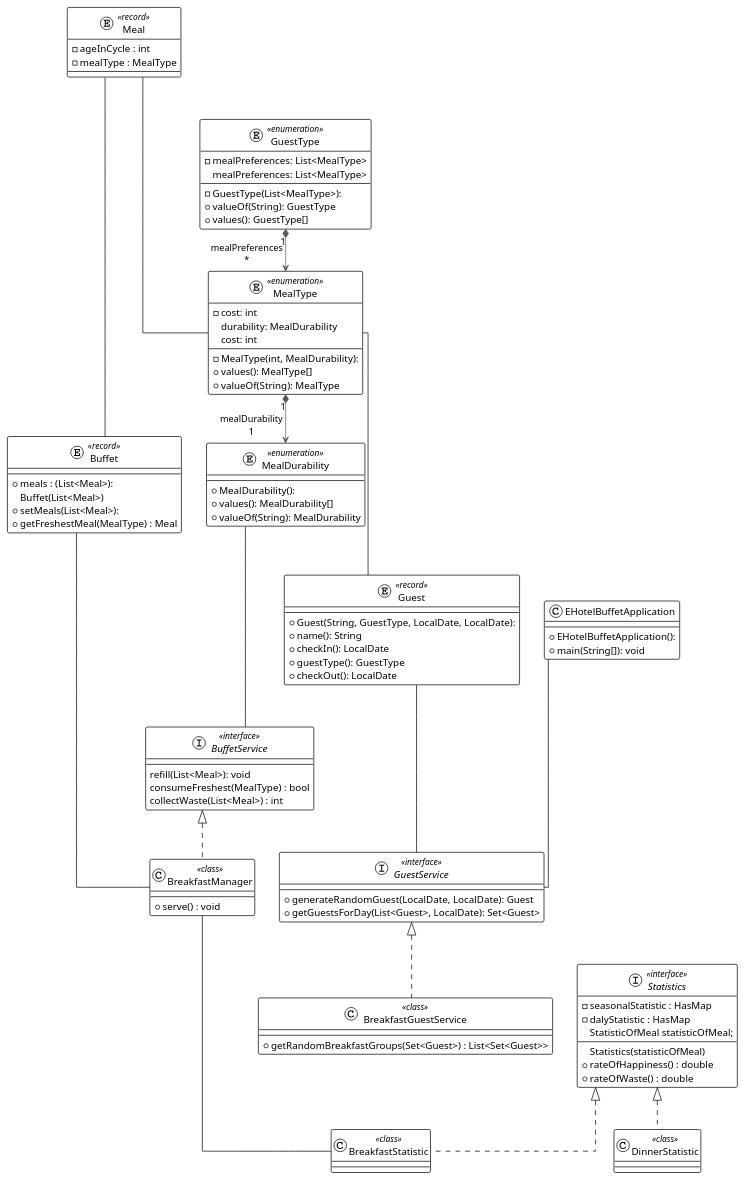
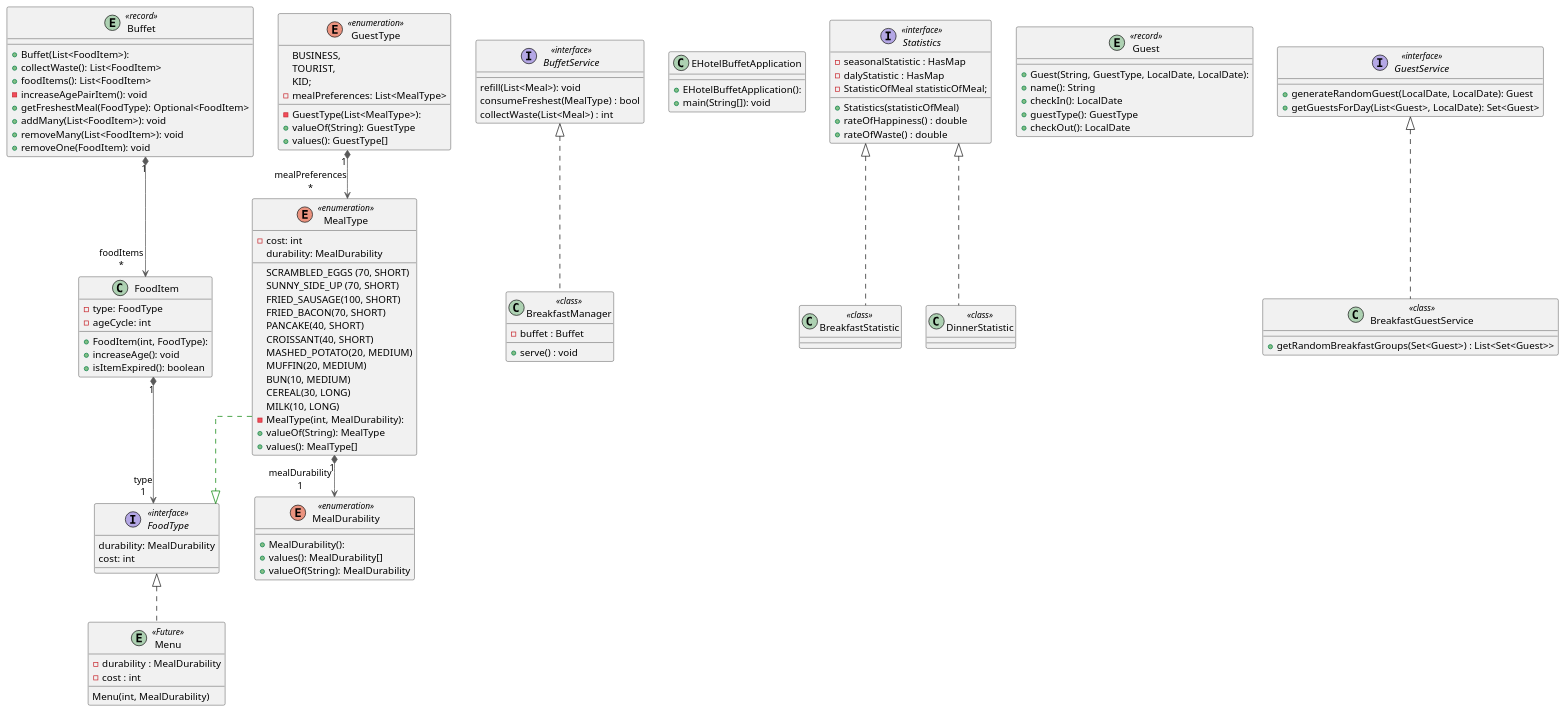
The diagram in src/main/java/com/codecool/ehotel/HotelBuffetService.puml (CodecoolGlobal/ehotel-buffet-java-MateWagner), drawn with PlantUML before and after one commit.

Commit message:
feat: update my progress on the uml

```diff
--- a/src/main/java/com/codecool/ehotel/HotelBuffetService.puml
+++ b/src/main/java/com/codecool/ehotel/HotelBuffetService.puml
@@ -1,92 +1,115 @@
 @startuml
 
-!theme plain
+
 top to bottom direction
 skinparam linetype ortho
+entity Buffet << record >> {
 
-entity Meal <<record>> {
-- ageInCycle : int
-- mealType : MealType
-}
-
-entity Buffet << record >> {
-+ meals : (List<Meal>):
-   Buffet(List<Meal>)
-  + setMeals(List<Meal>):
-  + getFreshestMeal(MealType) : Meal
+  + Buffet(List<FoodItem>):
+  + collectWaste(): List<FoodItem>
+  + foodItems(): List<FoodItem>
+  - increaseAgePairItem(): void
+  + getFreshestMeal(FoodType): Optional<FoodItem>
+  + addMany(List<FoodItem>): void
+  + removeMany(List<FoodItem>): void
+  + removeOne(FoodItem): void
 }
 interface BuffetService << interface >>{
 refill(List<Meal>): void
 consumeFreshest(MealType) : bool
 collectWaste(List<Meal>) : int
 }
 
 class EHotelBuffetApplication {
   + EHotelBuffetApplication():
   + main(String[]): void
 }
 class BreakfastStatistic << class >> implements Statistics {
 
 }
 class DinnerStatistic << class >> implements Statistics {
 
 }
 interface Statistics << interface >> {
 - seasonalStatistic : HasMap
 - dalyStatistic : HasMap
-    StatisticOfMeal statisticOfMeal;
-    Statistics(statisticOfMeal)
+    -StatisticOfMeal statisticOfMeal;
+ +Statistics(statisticOfMeal)
 + rateOfHappiness() : double
 + rateOfWaste() : double
 }
 class BreakfastManager << class >> implements BuffetService {
+-buffet : Buffet
  + serve() : void
-
 }
 entity Guest << record >> {
   + Guest(String, GuestType, LocalDate, LocalDate):
   + name(): String
   + checkIn(): LocalDate
   + guestType(): GuestType
   + checkOut(): LocalDate
 }
 class BreakfastGuestService << class >> implements GuestService{
 + getRandomBreakfastGroups(Set<Guest>) : List<Set<Guest>>
 }
 interface GuestService << interface >> {
   + generateRandomGuest(LocalDate, LocalDate): Guest
   + getGuestsForDay(List<Guest>, LocalDate): Set<Guest>
 }
 enum GuestType << enumeration >> {
+    BUSINESS,
+    TOURIST,
+    KID;
   - GuestType(List<MealType>):
   - mealPreferences: List<MealType>
   + valueOf(String): GuestType
   + values(): GuestType[]
-   mealPreferences: List<MealType>
 }
 enum MealDurability << enumeration >> {
   + MealDurability():
   + values(): MealDurability[]
   + valueOf(String): MealDurability
 }
 enum MealType << enumeration >> {
+    SCRAMBLED_EGGS (70, SHORT)
+    SUNNY_SIDE_UP (70, SHORT)
+    FRIED_SAUSAGE(100, SHORT)
+    FRIED_BACON(70, SHORT)
+    PANCAKE(40, SHORT)
+    CROISSANT(40, SHORT)
+    MASHED_POTATO(20, MEDIUM)
+    MUFFIN(20, MEDIUM)
+    BUN(10, MEDIUM)
+    CEREAL(30, LONG)
+    MILK(10, LONG)
   - MealType(int, MealDurability):
   - cost: int
+  + valueOf(String): MealType
   + values(): MealType[]
-  + valueOf(String): MealType
+   durability: MealDurability
+}
+class FoodItem {
+  + FoodItem(int, FoodType):
+  - type: FoodType
+  - ageCycle: int
+  + increaseAge(): void
+  + isItemExpired(): boolean
+}
+interface FoodType << interface >> {
    durability: MealDurability
    cost: int
 }
-Meal --- Buffet
-Meal --- MealType
-Buffet --- BreakfastManager
-EHotelBuffetApplication --- GuestService
-Guest --- GuestService
-MealType --- Guest
-MealDurability --- BuffetService
-BreakfastManager --- BreakfastStatistic
+entity Menu << Future >> implements FoodType {
+-durability : MealDurability
+-cost : int
+Menu(int, MealDurability)
+}
 
-GuestType               "1" *-[#595959,plain]-> "mealPreferences\n*" MealType
-MealType                "1" *-[#595959,plain]-> "mealDurability\n1" MealDurability
+
+Buffet                  "1" *-[#595959,plain]-> "foodItems\n*" FoodItem
+        FoodItem                "1" *-[#595959,plain]-> "type\n1" FoodType
+        GuestType               "1" *-[#595959,plain]-> "mealPreferences\n*" MealType
+        MealType                 -[#008200,dashed]-^  FoodType
+        MealType                "1" *-[#595959,plain]-> "mealDurability\n1" MealDurability
 
 @enduml
```
